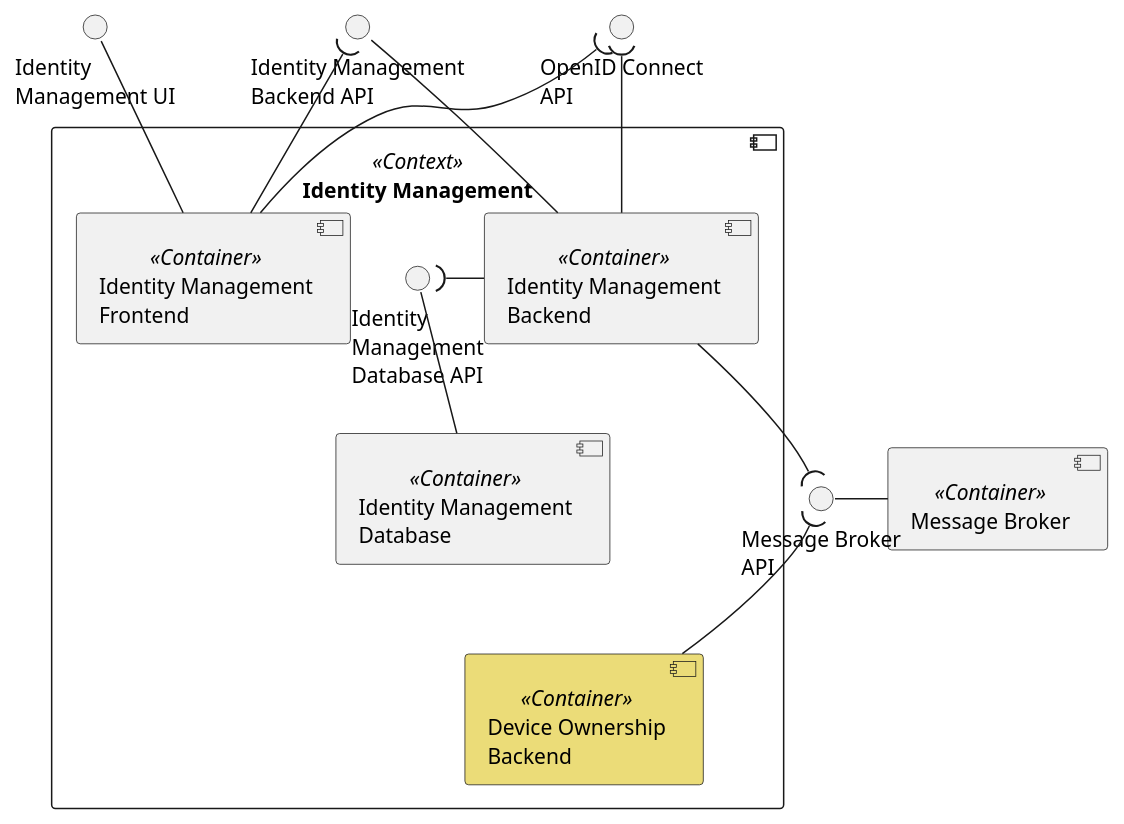
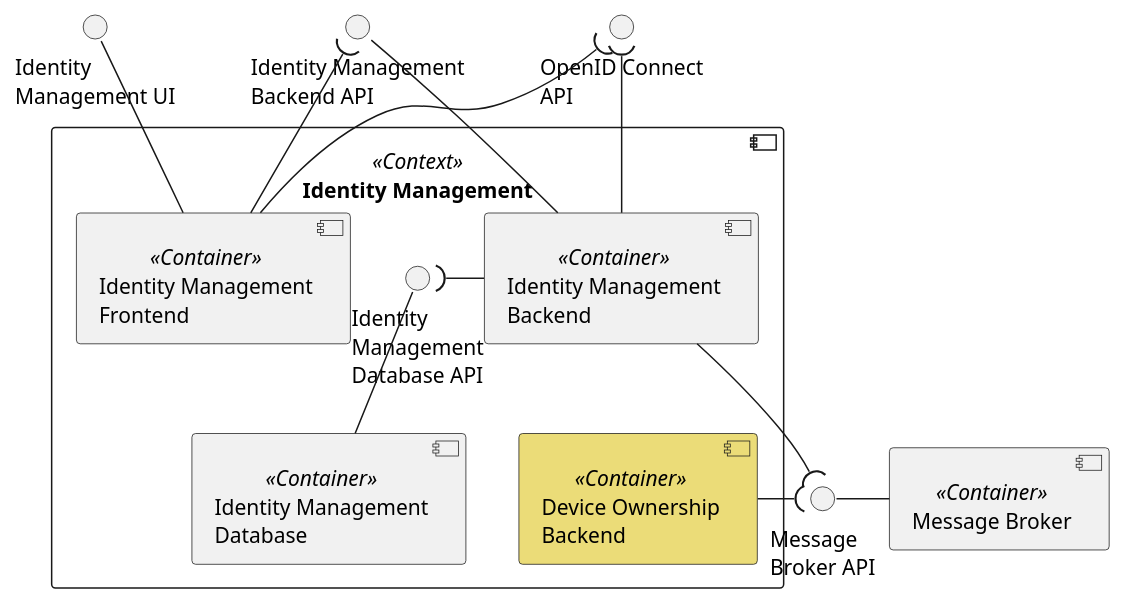
The diagram in assets/diagrams/design/architectural/level2/logical/identity-management-context.pu (FilipeMCruz/dissertation), drawn with PlantUML before and after one commit. The commit also changed 343 other files, not shown here.

```diff
--- a/assets/diagrams/design/architectural/level2/logical/identity-management-context.pu
+++ b/assets/diagrams/design/architectural/level2/logical/identity-management-context.pu
@@ -1,37 +1,37 @@
 @startuml identity-management-context
 
 interface "Identity\nManagement UI" as FRONT_API
 interface "Identity Management\nBackend API" as BACK_API
 
 interface "OpenID Connect\nAPI" as OPENID
 
 component "Identity Management" <<Context>> {
     component "Identity Management\nBackend" <<Container>> as BACK
     component "Identity Management\nFrontend" <<Container>> as FRONT
     component "Identity Management\nDatabase" <<Container>> as DB
 
     interface "Identity\nManagement\nDatabase API" as DB_API
 
     DB_API -- DB
     FRONT_API -- FRONT
     BACK_API -- BACK
     DB_API )- BACK
     FRONT --( BACK_API
     OPENID )-- FRONT
     OPENID )-- BACK
 
     component "Device Ownership\nBackend" <<Container>> as FLOW #ebdc78
 }
 
 component "Message Broker" <<Container>> as MB
-interface "Message Broker\nAPI" as MB_API
+interface "Message\nBroker API" as MB_API
 
 MB_API - MB
 
 BACK --( MB_API
 
-MB_API )-- FLOW
+FLOW -( MB_API
 
-DB -[hidden]- FLOW
+DB -[hidden] FLOW
 
 @enduml
```
